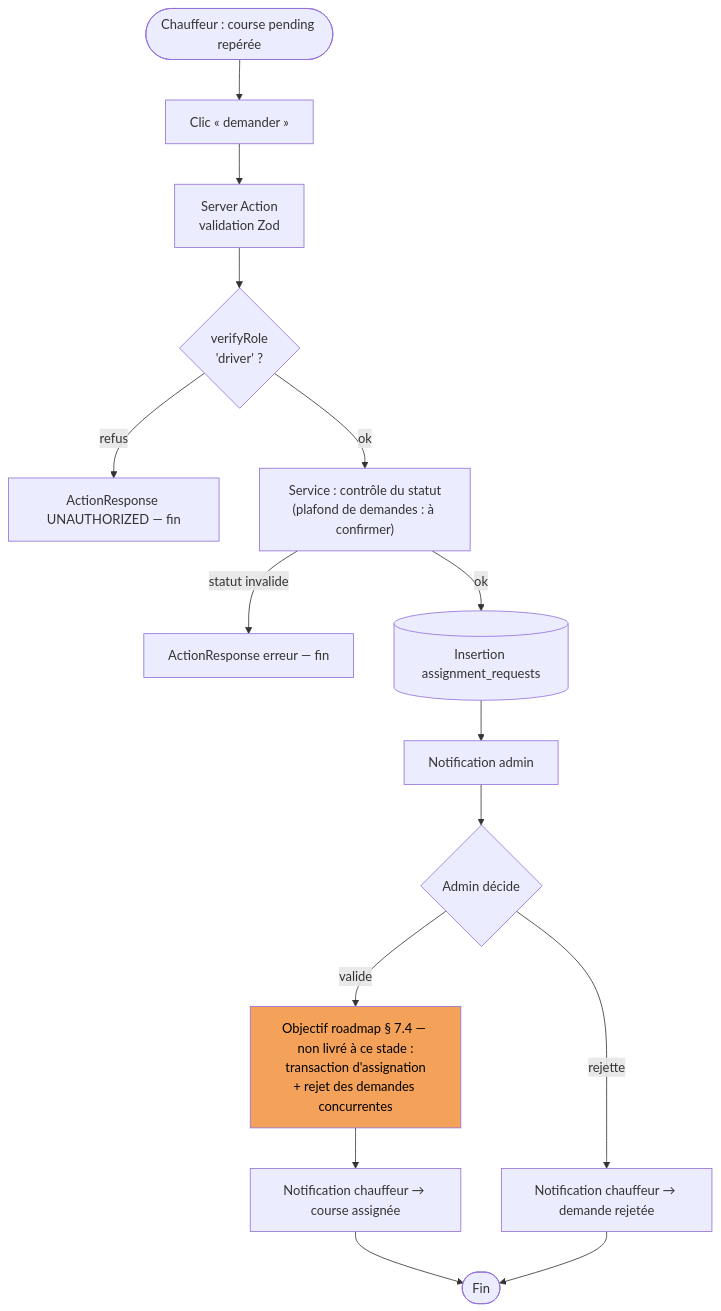
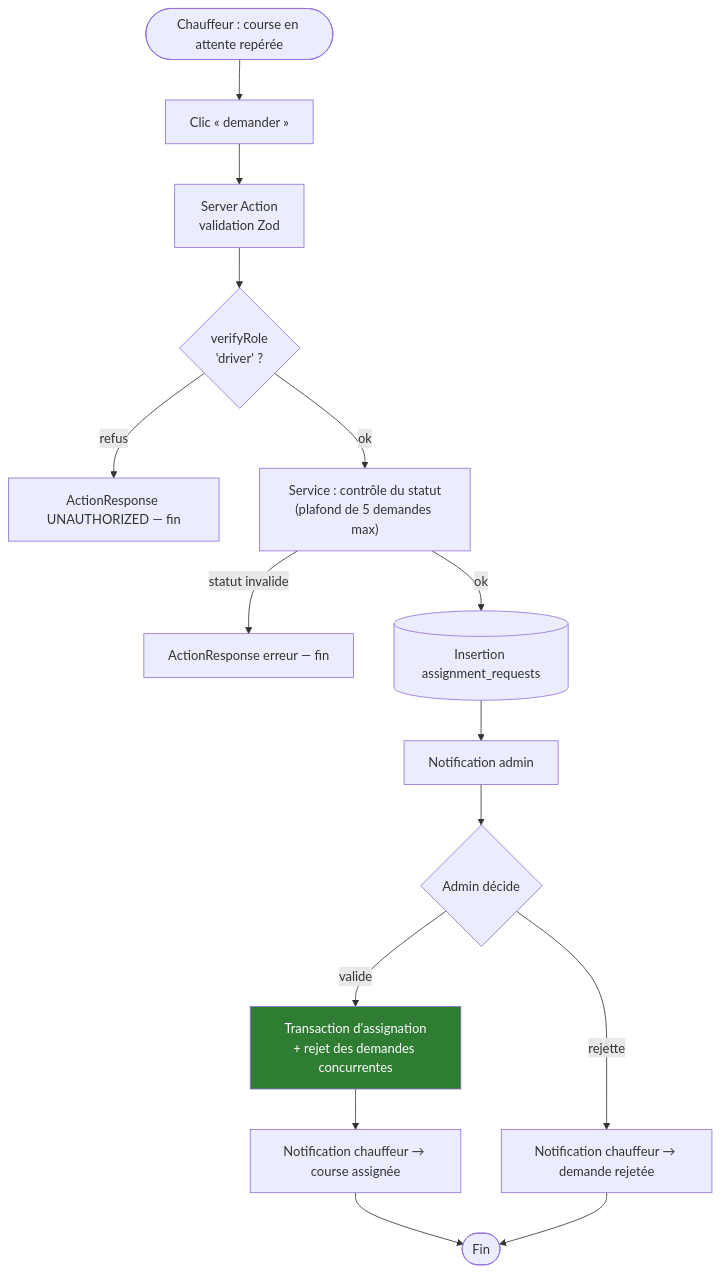
The third of 9 diagrams in documents/dossiers/dossierProjet/dossierProjetRNCP.md (Mamoru-fr/AMT-Express), drawn with Mermaid before and after one commit. The commit also changed other lines of this file and 7 other files, not shown here.

````diff
--- a/documents/dossiers/dossierProjet/dossierProjetRNCP.md
+++ b/documents/dossiers/dossierProjet/dossierProjetRNCP.md
@@ -224,18 +288,18 @@
 ```mermaid
 flowchart TD
-    S([Chauffeur : course pending repérée]) --> C[Clic « demander »]
+    S([Chauffeur : course en attente repérée]) --> C[Clic « demander »]
     C --> SA[Server Action<br/>validation Zod]
     SA --> VR{verifyRole<br/>'driver' ?}
     VR -- refus --> E1[ActionResponse UNAUTHORIZED — fin]
-    VR -- ok --> S1["Service : contrôle du statut<br/>(plafond de demandes : à confirmer)"]
+    VR -- ok --> S1["Service : contrôle du statut<br/>(plafond de 5 demandes max)"]
     S1 -- statut invalide --> E2[ActionResponse erreur — fin]
     S1 -- ok --> I[(Insertion assignment_requests)]
     I --> N1[Notification admin]
     N1 --> D{Admin décide}
-    D -- valide --> T[Objectif roadmap § 7.4 — non livré à ce stade :<br/>transaction d'assignation<br/>+ rejet des demandes concurrentes]
+    D -- valide --> T[Transaction d'assignation<br/>+ rejet des demandes concurrentes]
     T --> N2[Notification chauffeur → course assignée]
     D -- rejette --> N3[Notification chauffeur → demande rejetée]
     N2 --> F([Fin])
     N3 --> F
-    style T fill:#F4A259,color:#000
+    style T fill:#2e7d32,color:#fff
 ```
````
